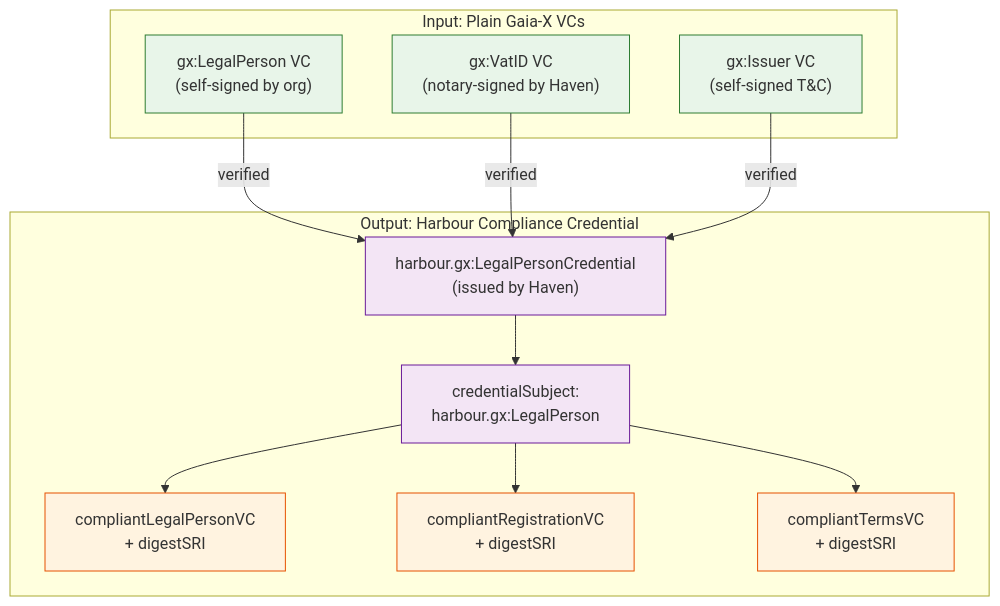
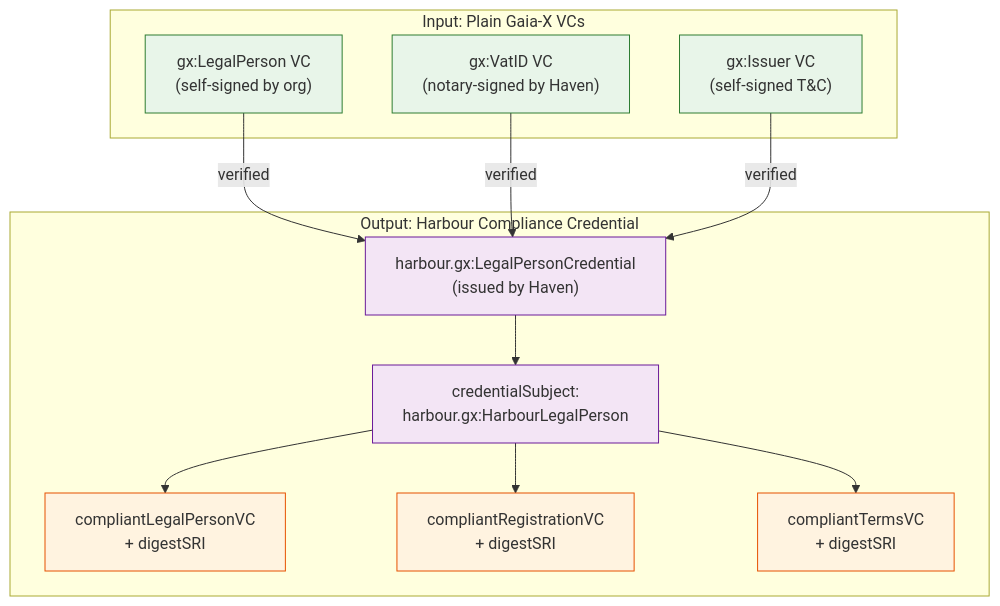
The fifth of 8 diagrams in docs/schema/credential-model.md (reachhaven/harbour-credentials), drawn with Mermaid before and after one commit. The commit also changed other lines of this file and 41 other files, not shown here.

````diff
--- a/docs/schema/credential-model.md
+++ b/docs/schema/credential-model.md
@@ -228,31 +227,31 @@
 ```mermaid
 graph TD
     subgraph "Input: Plain Gaia-X VCs"
         A["gx:LegalPerson VC<br/>(self-signed by org)"]
         B["gx:VatID VC<br/>(notary-signed by Haven)"]
         C["gx:Issuer VC<br/>(self-signed T&C)"]
     end
 
     subgraph "Output: Harbour Compliance Credential"
         D["harbour.gx:LegalPersonCredential<br/>(issued by Haven)"]
-        E["credentialSubject:<br/>harbour.gx:LegalPerson"]
+        E["credentialSubject:<br/>harbour.gx:HarbourLegalPerson"]
         F["compliantLegalPersonVC<br/>+ digestSRI"]
         G["compliantRegistrationVC<br/>+ digestSRI"]
         H["compliantTermsVC<br/>+ digestSRI"]
     end
 
     A -->|verified| D
     B -->|verified| D
     C -->|verified| D
     D --> E
     E --> F & G & H
 
     style A fill:#e8f5e9,stroke:#2e7d32
     style B fill:#e8f5e9,stroke:#2e7d32
     style C fill:#e8f5e9,stroke:#2e7d32
     style D fill:#f3e5f5,stroke:#6a1b9a
     style E fill:#f3e5f5,stroke:#6a1b9a
     style F fill:#fff3e0,stroke:#e65100
     style G fill:#fff3e0,stroke:#e65100
     style H fill:#fff3e0,stroke:#e65100
 ```
````
